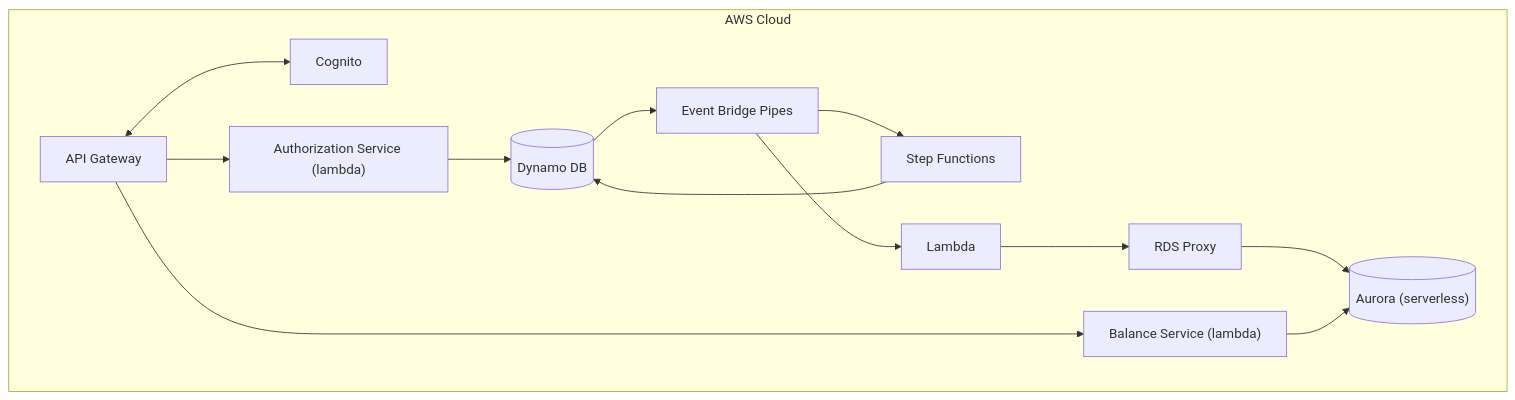
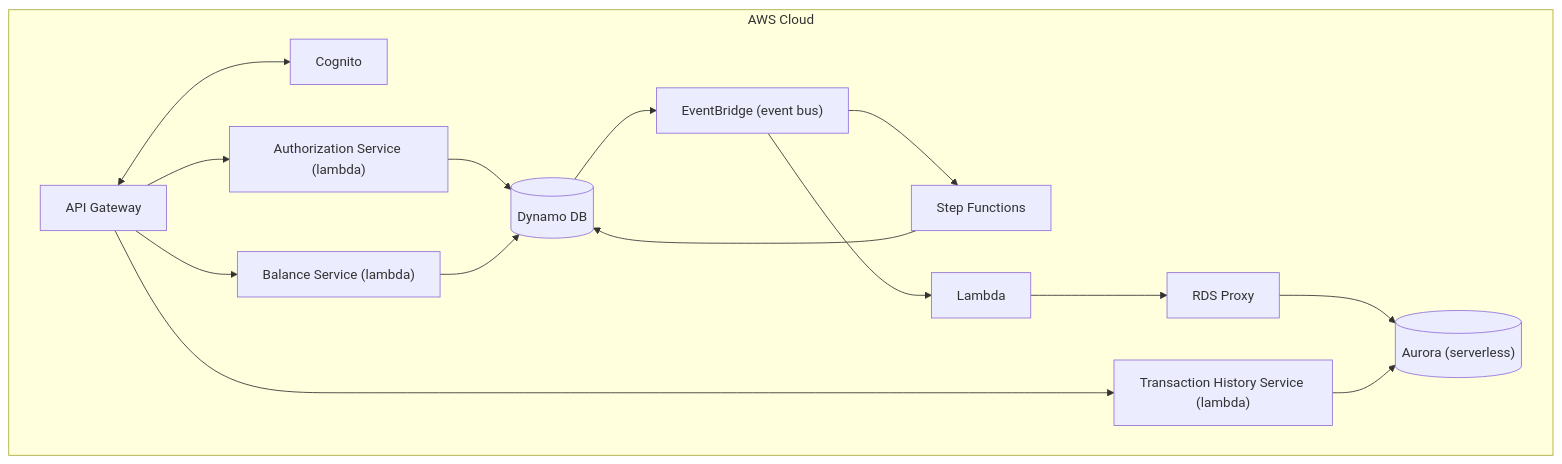
Before and after one commit to Daniel-Ibarrola/PayLedger: the diagram in docs/design-doc.md, drawn with Mermaid. The commit also changed other lines of this file, not shown here.

Commit message:
refine design doc: clarify hold lifecycle boundaries, add merchant/payable model, adjust architecture details for balance and transaction services

````diff
--- a/docs/design-doc.md
+++ b/docs/design-doc.md
@@ -50,33 +53,35 @@
 ```mermaid
 flowchart TB
     subgraph Edge["AWS Cloud"]
         APIGW["API Gateway"]
         Cognito["Cognito"]
         
         AuthServ["Authorization Service (lambda)"]
         DynamoDB[("Dynamo DB")]
         
-        EB["Event Bridge Pipes"]
+        EB["EventBridge (event bus)"]
         SF["Step Functions"]
         
         Lambda["Lambda"]
         RDSP["RDS Proxy"]
         Aurora[("Aurora (serverless)")]
         BalanceServ["Balance Service (lambda)"]
+        TxnServ["Transaction History Service (lambda)"]
 
     end
 
 
     APIGW <--> Cognito
     APIGW --> AuthServ
     AuthServ --> DynamoDB
     DynamoDB --> EB
     
     EB --> SF
     EB --> Lambda
     
     SF --> DynamoDB
     
     Lambda --> RDSP --> Aurora
-    APIGW --> BalanceServ --> Aurora
+    APIGW --> BalanceServ --> DynamoDB
+    APIGW --> TxnServ --> Aurora
 ```
````
